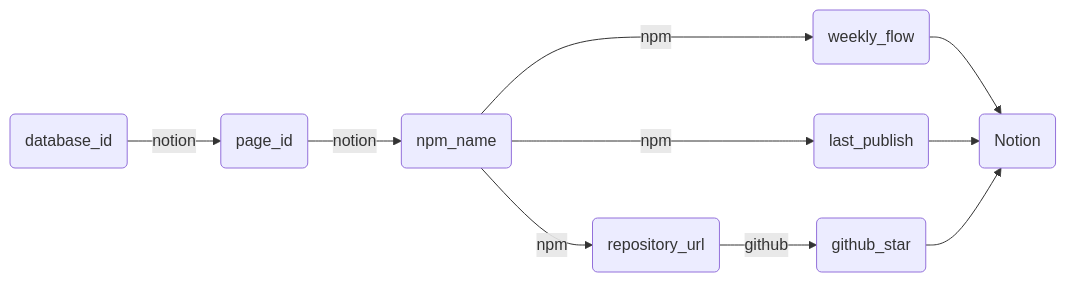
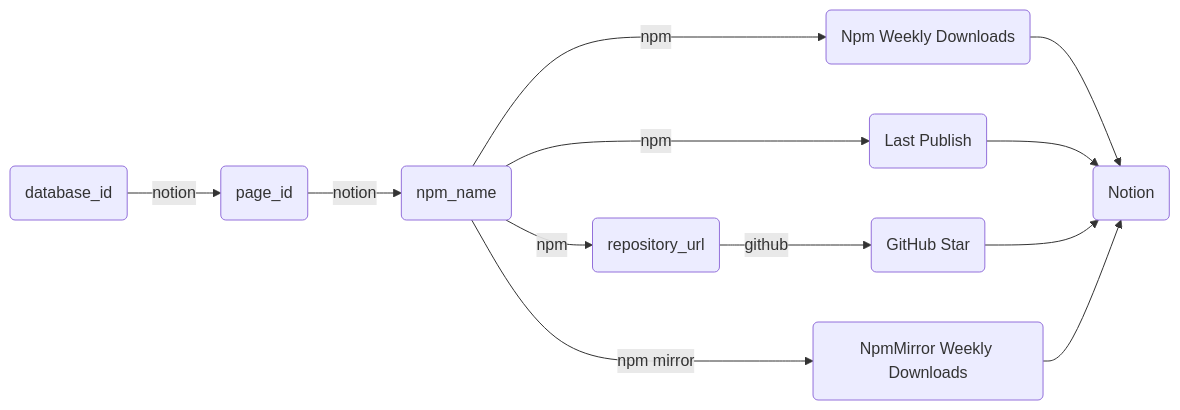
The diagram in README.md (zhengbangbo/public-database), drawn with Mermaid before and after one commit. The commit also changed other lines of this file and 2 other files, not shown here.

````diff
--- a/README.md
+++ b/README.md
@@ -7,9 +6,9 @@
 ```mermaid
 flowchart LR
 
 A(database_id) -->|notion| B(page_id) -->|notion| C(npm_name)
-C -->|npm| D(weekly_flow) --> N(Notion)
-C -->|npm| E(last_publish) --> N
-C -->|npm| F(repository_url) -->|github| G(github_star) --> N
-
+C -->|npm| D(Npm Weekly Downloads) --> N(Notion)
+C -->|npm| E(Last Publish) --> N
+C -->|npm| F(repository_url) -->|github| G(GitHub Star) --> N
+C -->|npm mirror| M(NpmMirror Weekly Downloads) --> N
 ```
````
